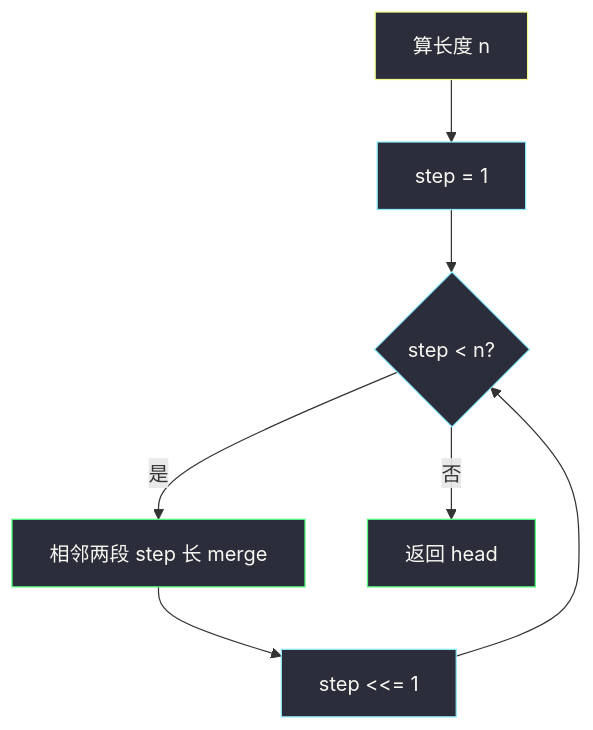
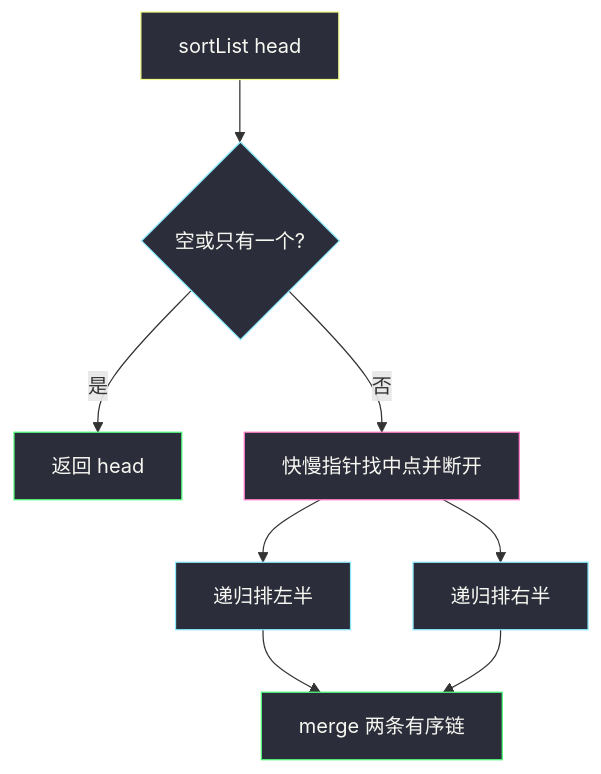
One commit to socoo123/algorithm_pratices_web changed the first of 3 diagrams in solutions/base/sort-list.md. Above: the diagram before and after it, drawn with Mermaid. The commit also changed other lines of this file and 24 other files, not shown here.

````diff
--- a/solutions/base/sort-list.md
+++ b/solutions/base/sort-list.md
@@ -79,16 +83,18 @@
 ```mermaid
 flowchart TD
-    A["算长度 n"] --> B["step = 1"]
-    B --> C{"step < n?"}
-    C -->|"是"| D["相邻两段 step 长 merge"]
-    D --> E["step <<= 1"]
-    E --> C
-    C -->|"否"| F["返回 head"]
+    A["sortList head"] --> B{"空或只有一个?"}
+    B -->|"是"| C["返回 head"]
+    B -->|"否"| D["快慢指针找中点并断开"]
+    D --> E["递归排左半"]
+    D --> F["递归排右半"]
+    E --> G["merge 两条有序链"]
+    F --> G
 
     style A fill:#2b2d3a,stroke:#f1fa8c,color:#f8f8f2
     style B fill:#2b2d3a,stroke:#8be9fd,color:#f8f8f2
-    style C fill:#2b2d3a,stroke:#8be9fd,color:#f8f8f2
-    style D fill:#2b2d3a,stroke:#50fa7b,color:#f8f8f2
+    style C fill:#2b2d3a,stroke:#50fa7b,color:#f8f8f2
+    style D fill:#2b2d3a,stroke:#ff79c6,color:#f8f8f2
     style E fill:#2b2d3a,stroke:#8be9fd,color:#f8f8f2
-    style F fill:#2b2d3a,stroke:#50fa7b,color:#f8f8f2
+    style F fill:#2b2d3a,stroke:#8be9fd,color:#f8f8f2
+    style G fill:#2b2d3a,stroke:#50fa7b,color:#f8f8f2
 ```
````
